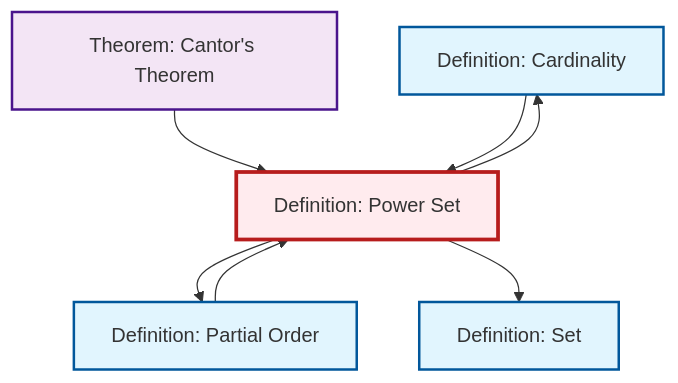
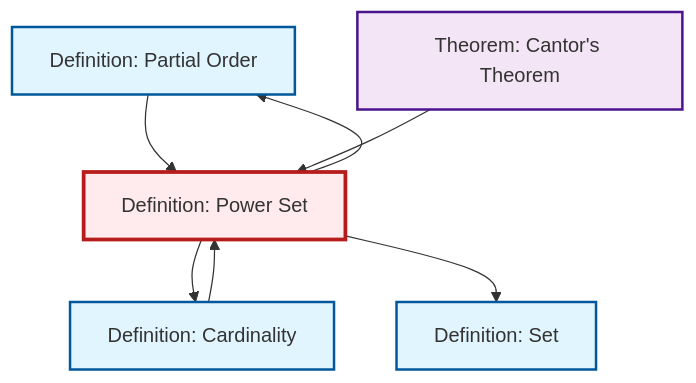
The second of 2 diagrams in content/en/logic-set-theory/def-power-set.qmd (RK0429/ModernMath), drawn with Mermaid before and after one commit. The commit also changed other lines of this file and 1012 other files, not shown here.

````diff
--- a/content/en/logic-set-theory/def-power-set.qmd
+++ b/content/en/logic-set-theory/def-power-set.qmd
@@ -69,25 +69,25 @@
 ```{mermaid}
 %%| fig-cap: "Local dependency graph"
 graph TD
     classDef definition fill:#e1f5fe,stroke:#01579b,stroke-width:2px
     classDef theorem fill:#f3e5f5,stroke:#4a148c,stroke-width:2px
     classDef axiom fill:#fff3e0,stroke:#e65100,stroke-width:2px
     classDef example fill:#e8f5e9,stroke:#1b5e20,stroke-width:2px
     classDef current fill:#ffebee,stroke:#b71c1c,stroke-width:3px
+    def-partial-order["Definition: Partial Order"]:::definition
     def-set["Definition: Set"]:::definition
     def-cardinality["Definition: Cardinality"]:::definition
     thm-cantor["Theorem: Cantor's Theorem"]:::theorem
-    def-partial-order["Definition: Partial Order"]:::definition
     def-power-set["Definition: Power Set"]:::definition
+    def-power-set --> def-cardinality
     def-partial-order --> def-power-set
+    thm-cantor --> def-power-set
+    def-power-set --> def-set
+    def-cardinality --> def-power-set
     def-power-set --> def-partial-order
-    def-power-set --> def-set
-    def-power-set --> def-cardinality
-    thm-cantor --> def-power-set
-    def-cardinality --> def-power-set
     class def-power-set current
+    click def-partial-order "def-partial-order.html" "Go to Partial Order definition"
     click def-set "def-set.html" "Go to Set definition"
     click def-cardinality "def-cardinality.html" "Go to Cardinality definition"
     click thm-cantor "thm-cantor.html" "Go to Cantor's Theorem theorem"
-    click def-partial-order "def-partial-order.html" "Go to Partial Order definition"
 ```
````
